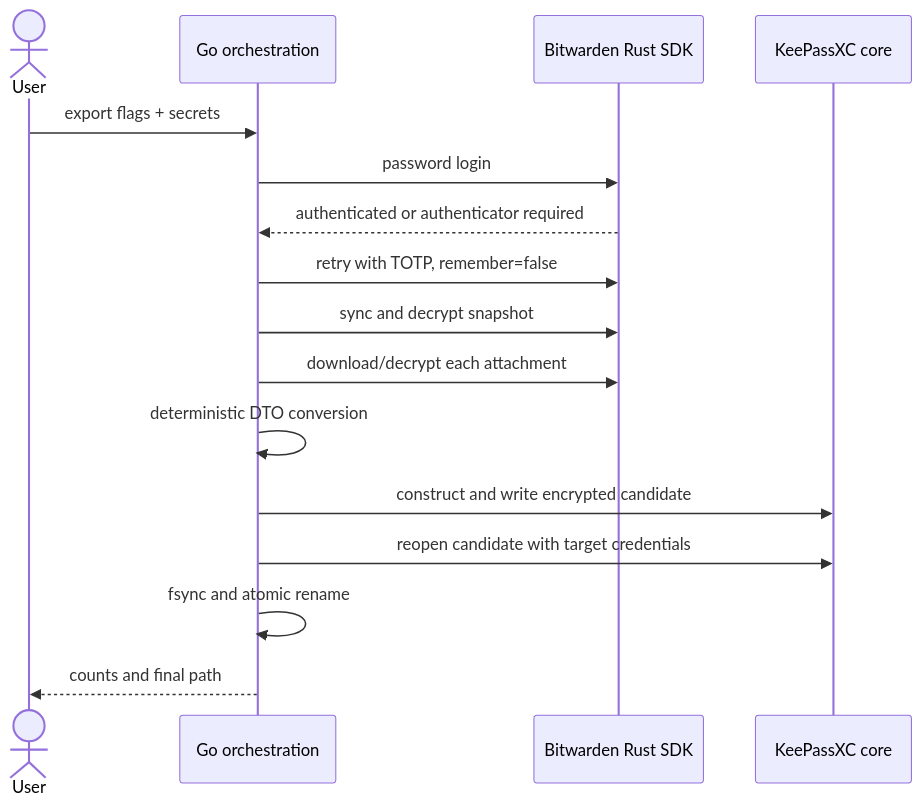
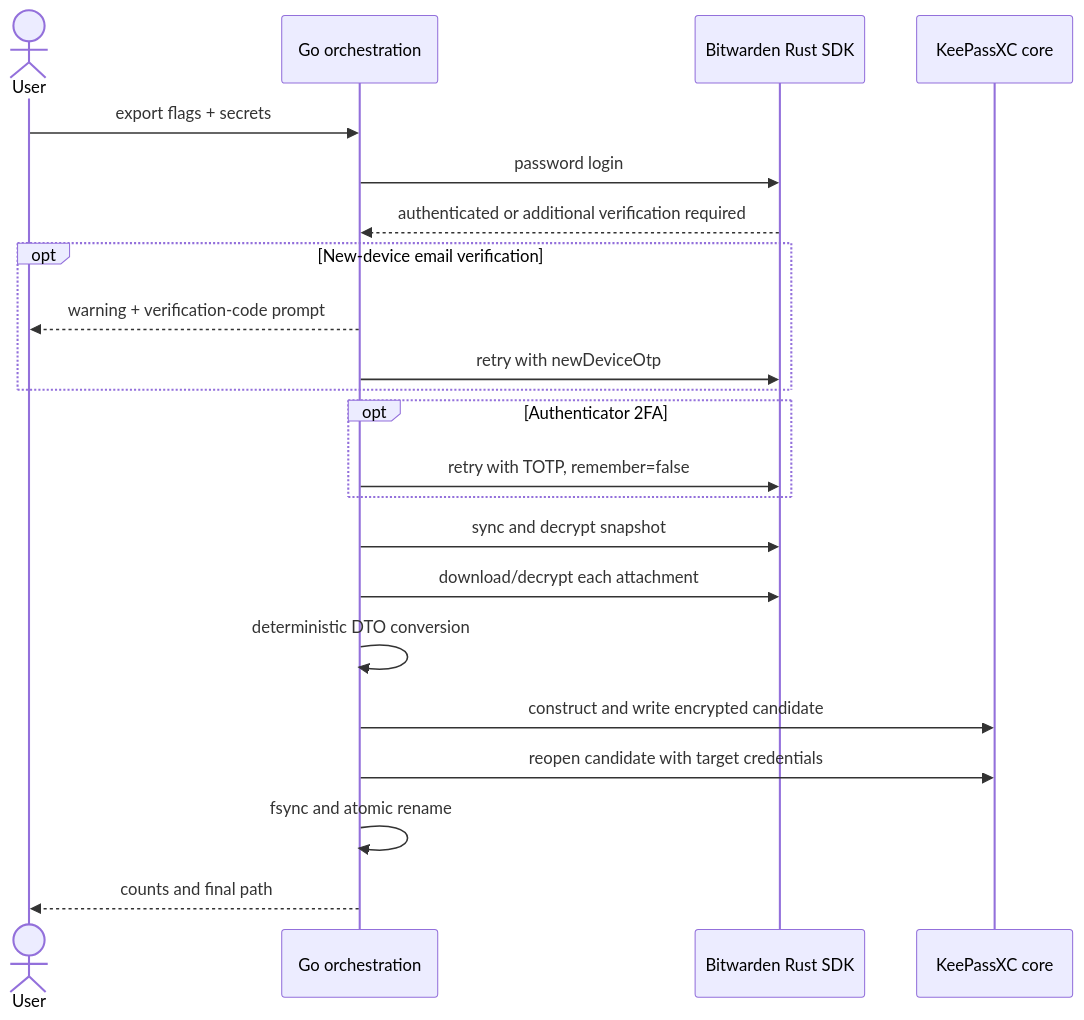
One commit to Neur0toxine/bwkp changed the second of 3 diagrams in docs/tech/architecture.md. Above: the diagram before and after it, drawn with Mermaid. The commit also changed other lines of this file and 16 other files, not shown here.

Commit message:
fix: support for new device flow

````diff
--- a/docs/tech/architecture.md
+++ b/docs/tech/architecture.md
@@ -51,18 +52,24 @@
 ```mermaid
 sequenceDiagram
     actor User
     participant Go as Go orchestration
     participant BW as Bitwarden Rust SDK
     participant KP as KeePassXC core
     User->>Go: export flags + secrets
     Go->>BW: password login
-    BW-->>Go: authenticated or authenticator required
-    Go->>BW: retry with TOTP, remember=false
+    BW-->>Go: authenticated or additional verification required
+    opt New-device email verification
+        Go-->>User: warning + verification-code prompt
+        Go->>BW: retry with newDeviceOtp
+    end
+    opt Authenticator 2FA
+        Go->>BW: retry with TOTP, remember=false
+    end
     Go->>BW: sync and decrypt snapshot
     Go->>BW: download/decrypt each attachment
     Go->>Go: deterministic DTO conversion
     Go->>KP: construct and write encrypted candidate
     Go->>KP: reopen candidate with target credentials
     Go->>Go: fsync and atomic rename
     Go-->>User: counts and final path
 ```
````
